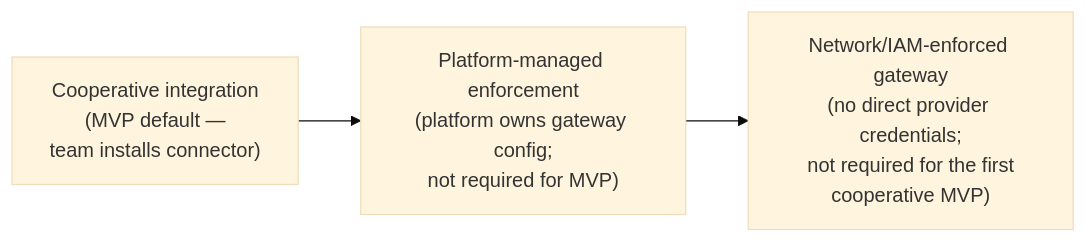
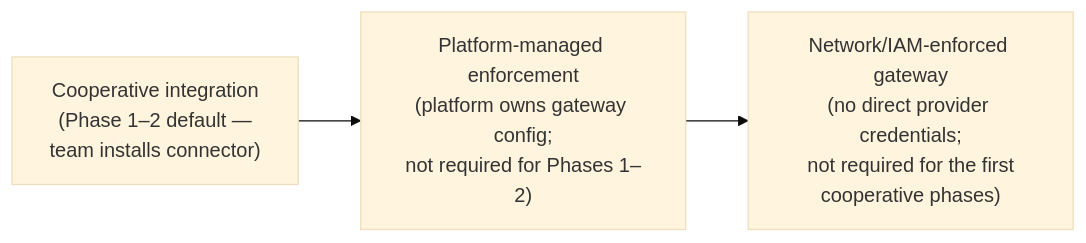
Before and after one commit to veglezMX/guardrails: the sixth of 7 diagrams in solution-docs/60-delivery/IMPLEMENTATION-STRATEGY.md, drawn with Mermaid (base theme). The commit also changed other lines of this file and 70 other files, not shown here.

````diff
--- a/solution-docs/60-delivery/IMPLEMENTATION-STRATEGY.md
+++ b/solution-docs/60-delivery/IMPLEMENTATION-STRATEGY.md
@@ -305,5 +305,5 @@
 ```mermaid
 flowchart LR
-    A["Cooperative integration\n(MVP default —\nteam installs connector)"] --> B["Platform-managed enforcement\n(platform owns gateway config;\nnot required for MVP)"]
-    B --> C["Network/IAM-enforced gateway\n(no direct provider credentials;\nnot required for the first\ncooperative MVP)"]
+    A["Cooperative integration\n(Phase 1–2 default —\nteam installs connector)"] --> B["Platform-managed enforcement\n(platform owns gateway config;\nnot required for Phases 1–2)"]
+    B --> C["Network/IAM-enforced gateway\n(no direct provider credentials;\nnot required for the first\ncooperative phases)"]
 ```
````
